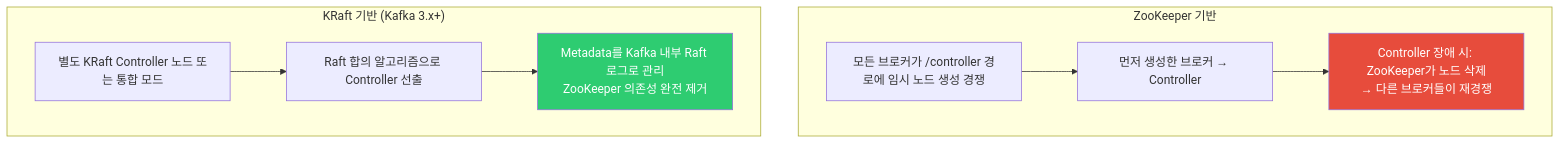
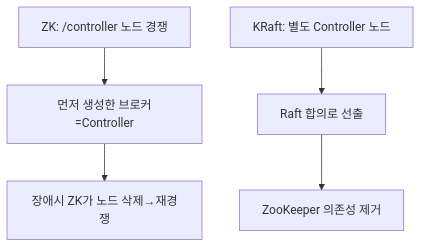
One commit to yjkim2015/yjkim2015.github.io changed the sixth of 8 diagrams in _posts/kafka/2026-05-01-kafka-broker-deep.md. Above: the diagram before and after it, drawn with Mermaid. The commit also changed other lines of this file and 215 other files, not shown here.

First line of the commit message:
신규 포스트 10개 추가 + Mermaid 전면 축소 + SystemDesign 시리즈 보강

````diff
--- a/_posts/kafka/2026-05-01-kafka-broker-deep.md
+++ b/_posts/kafka/2026-05-01-kafka-broker-deep.md
@@ -243,19 +211,7 @@
 ```mermaid
 flowchart TD
-    subgraph "ZooKeeper 기반"
-        Z1["모든 브로커가 /controller 경로에 임시 노드 생성 경쟁"]
-        Z2["먼저 생성한 브로커 → Controller"]
-        Z3["Controller 장애 시: ZooKeeper가 노드 삭제\n→ 다른 브로커들이 재경쟁"]
-        Z1 --> Z2 --> Z3
-    end
-
-    subgraph "KRaft 기반 (Kafka 3.x+)"
-        K1["별도 KRaft Controller 노드 또는 통합 모드"]
-        K2["Raft 합의 알고리즘으로 Controller 선출"]
-        K3["Metadata를 Kafka 내부 Raft 로그로 관리\nZooKeeper 의존성 완전 제거"]
-        K1 --> K2 --> K3
-    end
-
-    style Z3 fill:#e74c3c,color:#fff
-    style K3 fill:#2ecc71,color:#fff
+    Z1["ZK: /controller 노드 경쟁"] --> Z2["먼저 생성한 브로커=Controller"]
+    Z2 --> Z3["장애시 ZK가 노드 삭제→재경쟁"]
+    K1["KRaft: 별도 Controller 노드"] --> K2["Raft 합의로 선출"]
+    K2 --> K3["ZooKeeper 의존성 제거"]
 ```
````
